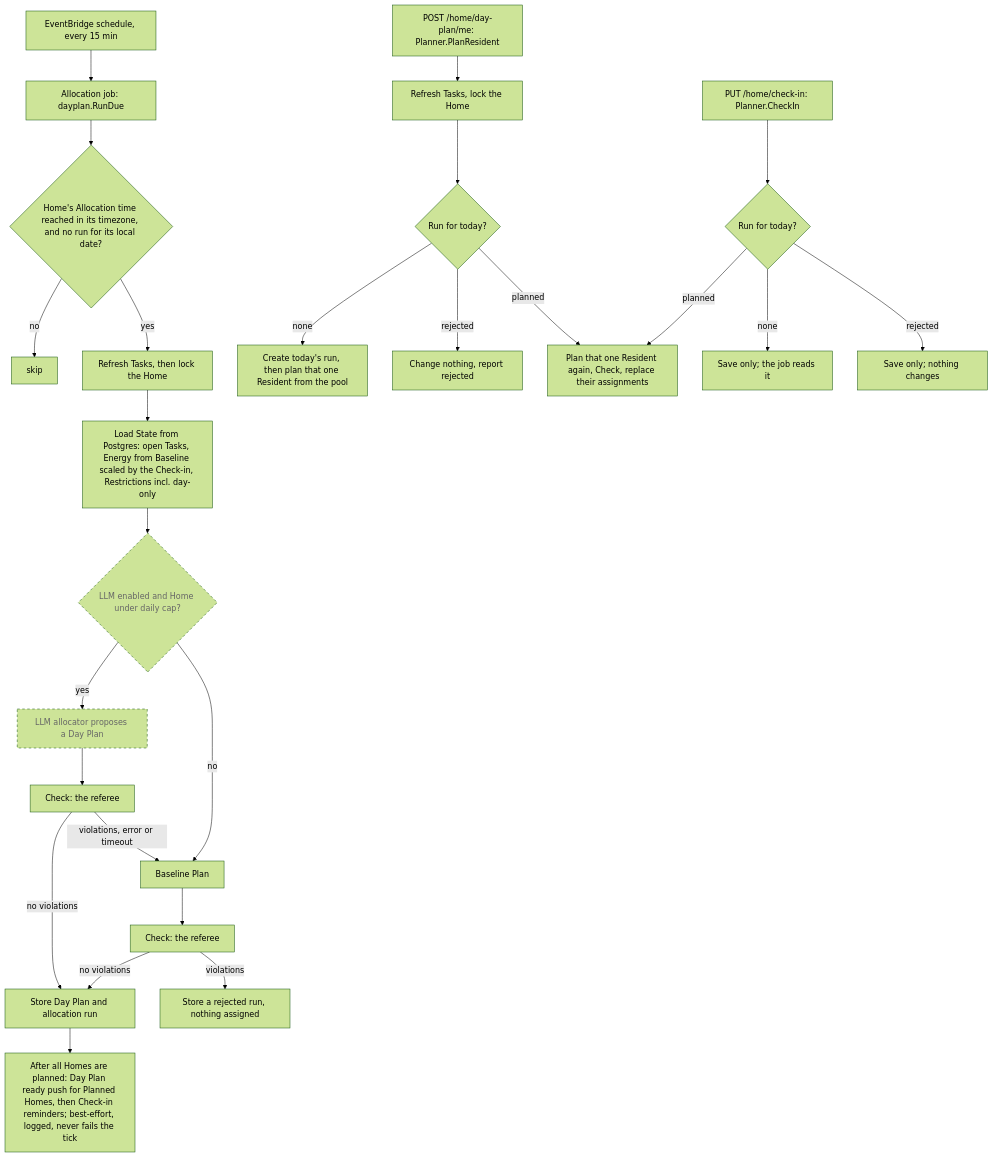
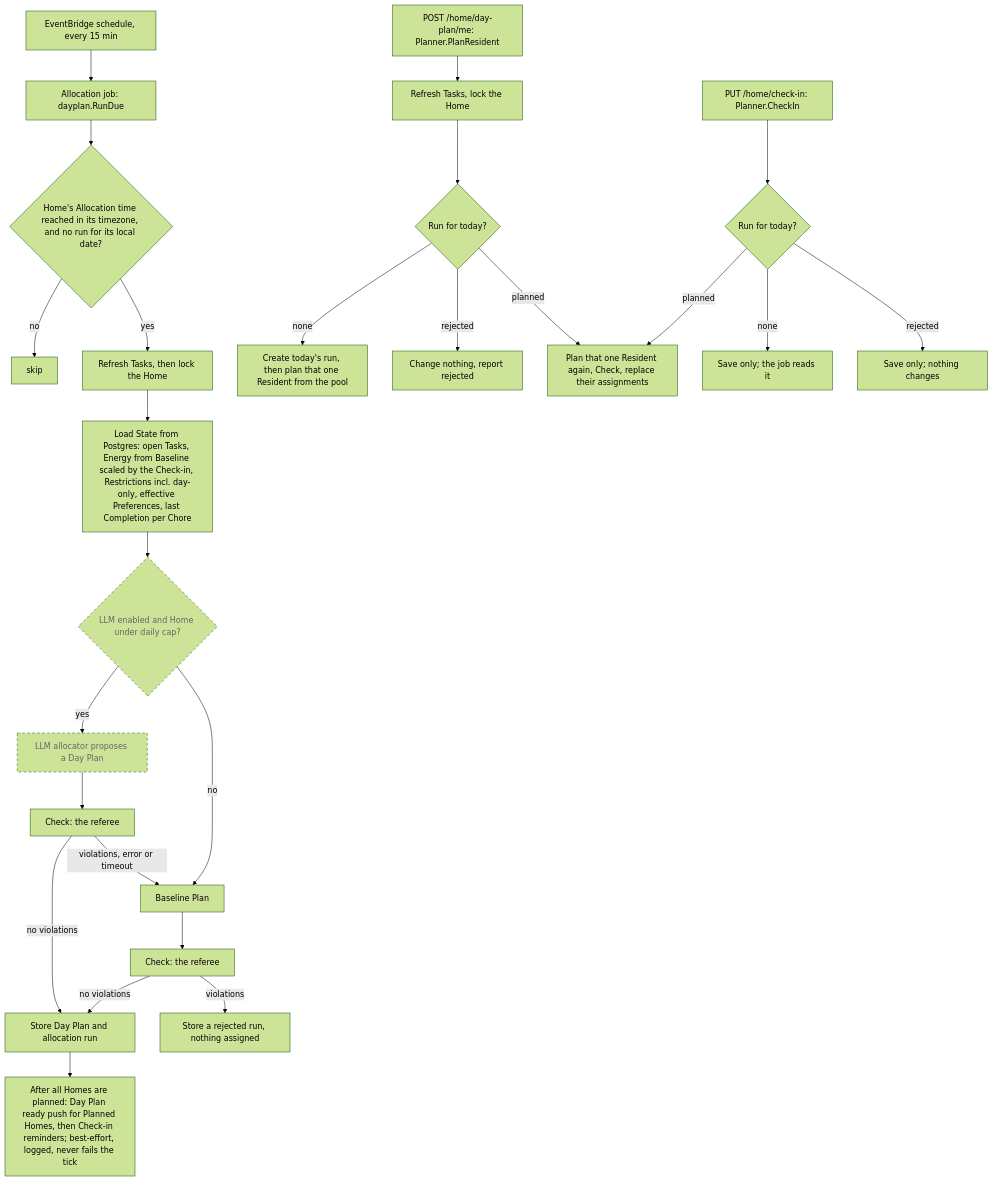
One commit to AbnerWillclefy/Homeowner changed the diagram in docs/architecture/allocation.md. Above: the diagram before and after it, drawn with Mermaid (forest theme). The commit also changed other lines of this file and 1 other file, not shown here.

Commit message:
docs(architecture): describe preference weights and turn-taking

````diff
--- a/docs/architecture/allocation.md
+++ b/docs/architecture/allocation.md
@@ -51,29 +62,29 @@
 ```mermaid
 flowchart TD
     EB["EventBridge schedule, every 15 min"] --> J["Allocation job: dayplan.RunDue"]
     J --> H{"Home's Allocation time reached in its timezone, and no run for its local date?"}
     H -->|no| X["skip"]
     H -->|yes| R["Refresh Tasks, then lock the Home"]
-    R --> L["Load State from Postgres: open Tasks, Energy from Baseline scaled by the Check-in, Restrictions incl. day-only"]
+    R --> L["Load State from Postgres: open Tasks, Energy from Baseline scaled by the Check-in, Restrictions incl. day-only, effective Preferences, last Completion per Chore"]
     L --> Q{"LLM enabled and Home under daily cap?"}:::planned
     Q -->|yes| LLM["LLM allocator proposes a Day Plan"]:::planned
     LLM --> CK["Check: the referee"]
     CK -->|no violations| S
     CK -->|violations, error or timeout| B
     Q -->|no| B["Baseline Plan"]
     B --> CK2["Check: the referee"]
     CK2 -->|no violations| S["Store Day Plan and allocation run"]
     CK2 -->|violations| RJ["Store a rejected run, nothing assigned"]
     S --> N["After all Homes are planned: Day Plan ready push for Planned Homes, then Check-in reminders; best-effort, logged, never fails the tick"]
     GR["POST /home/day-plan/me: Planner.PlanResident"] --> GF["Refresh Tasks, lock the Home"]
     GF --> GR2{"Run for today?"}
     GR2 -->|none| GN["Create today's run, then plan that one Resident from the pool"]
     GR2 -->|rejected| GJ["Change nothing, report rejected"]
     GR2 -->|planned| RP
     CI["PUT /home/check-in: Planner.CheckIn"] --> CR{"Run for today?"}
     CR -->|none| CS["Save only; the job reads it"]
     CR -->|rejected| CS2["Save only; nothing changes"]
     CR -->|planned| RP["Plan that one Resident again, Check, replace their assignments"]
 
     classDef planned stroke-dasharray: 5 5,color:#666
 ```
````
